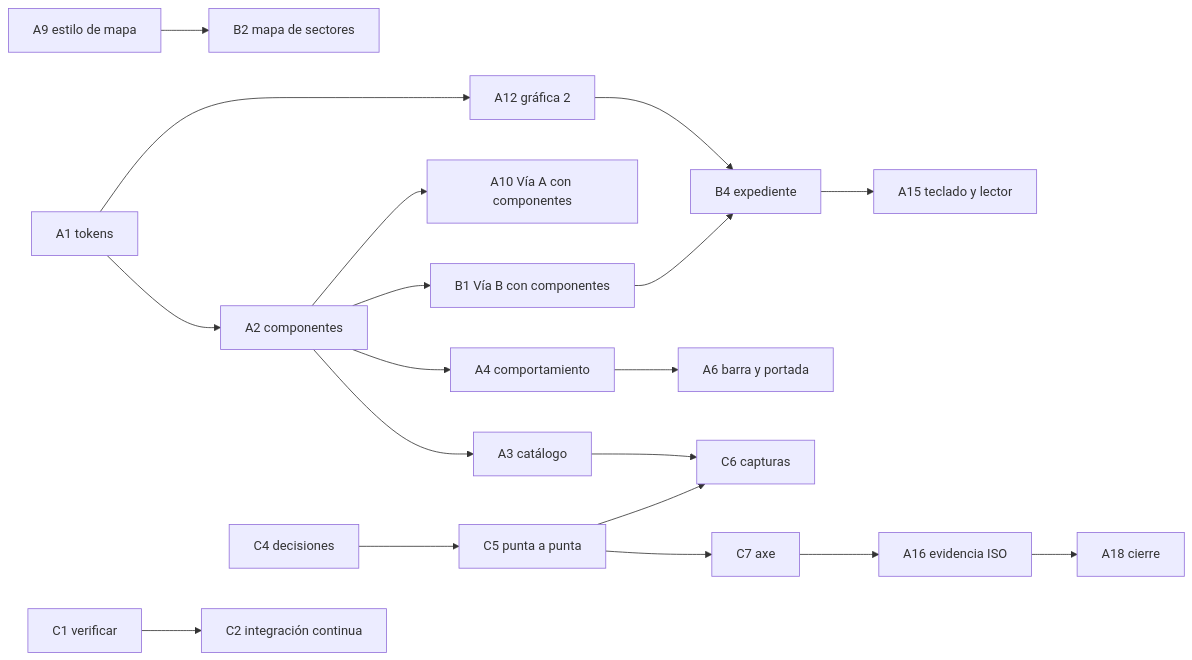
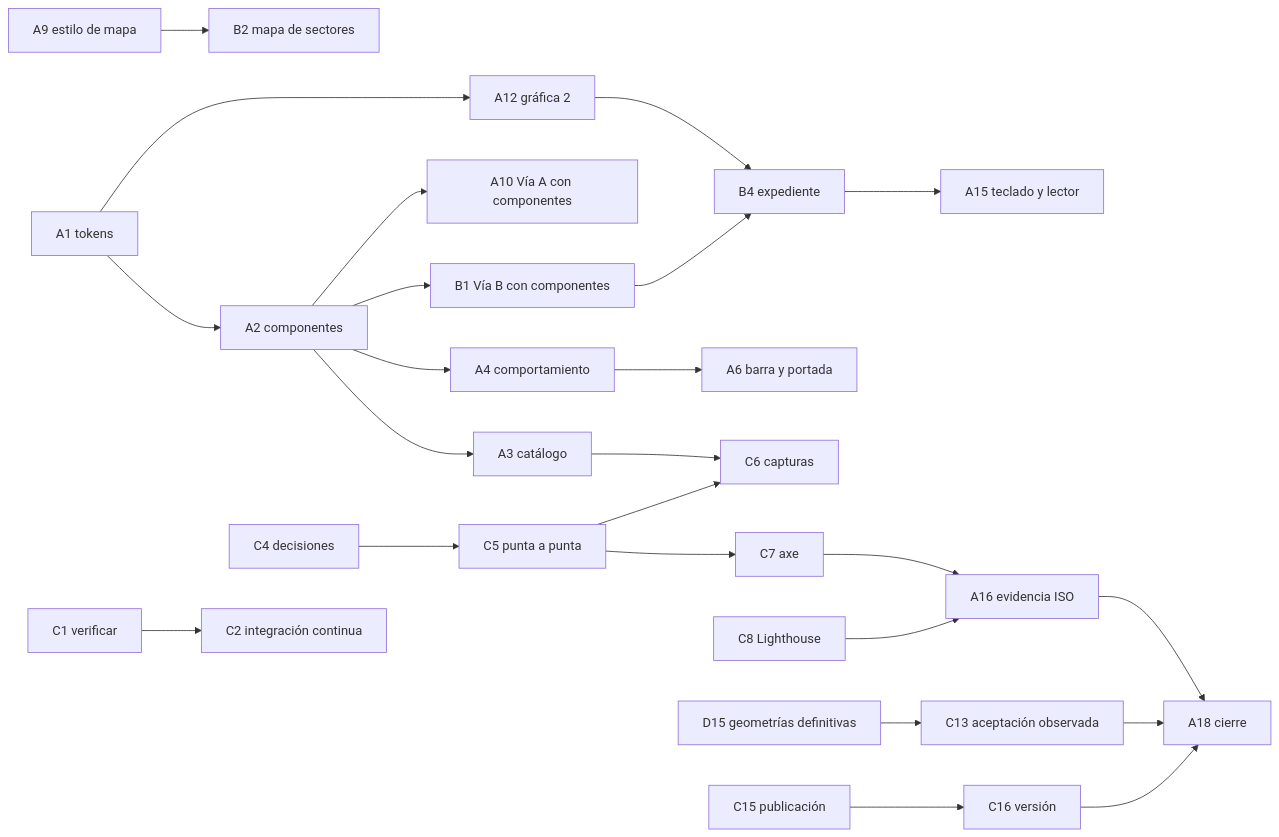
One commit to elproshaitron-stack/SunCity changed the diagram in docs/07-PLAN-DE-CIERRE.md. Above: the diagram before and after it, drawn with Mermaid. The commit also changed other lines of this file and 3 other files, not shown here.

````diff
--- a/docs/07-PLAN-DE-CIERRE.md
+++ b/docs/07-PLAN-DE-CIERRE.md
@@ -214,17 +214,22 @@
 ```mermaid
 flowchart LR
     A1[A1 tokens] --> A2[A2 componentes] --> A3[A3 catálogo]
     A2 --> A4[A4 comportamiento] --> A6[A6 barra y portada]
     A2 --> B1[B1 Vía B con componentes]
     A2 --> A10[A10 Vía A con componentes]
     A9[A9 estilo de mapa] --> B2[B2 mapa de sectores]
     A1 --> A12[A12 gráfica 2] --> B4[B4 expediente]
     B1 --> B4
     C1[C1 verificar] --> C2[C2 integración continua]
     C4[C4 decisiones] --> C5[C5 punta a punta] --> C7[C7 axe]
     A3 --> C6[C6 capturas]
     C5 --> C6
     B4 --> A15[A15 teclado y lector]
     C7 --> A16[A16 evidencia ISO]
+    C8[C8 Lighthouse] --> A16
     A16 --> A18[A18 cierre]
+    D15[D15 geometrías definitivas] --> C13[C13 aceptación observada]
+    C13 --> A18
+    C15[C15 publicación] --> C16[C16 versión]
+    C16 --> A18
 ```
````
